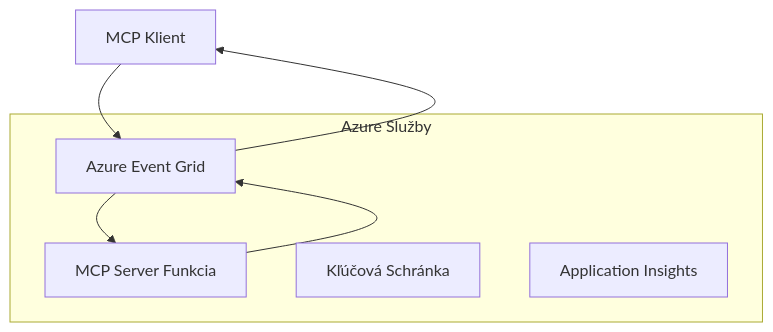
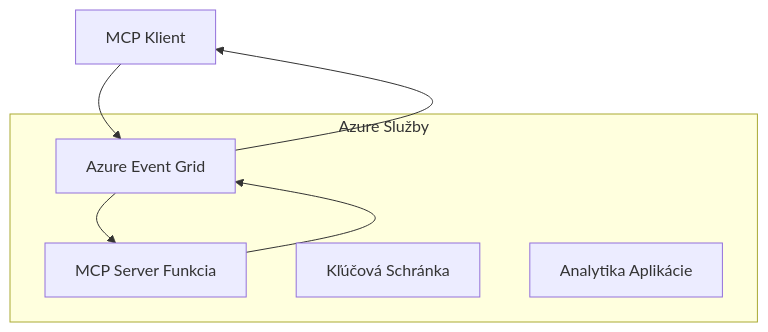
One commit to HIDORAKAI002/ai-workspace-archive changed the first of 2 diagrams in mcp_ecosystem__model_context_protocol/mcp_learning_resources/mcp-for-beginners/translations/sk/05-AdvancedTopics/mcp-transport/README.md. Above: the diagram before and after it, drawn with Mermaid. The commit also changed other lines of this file and 1539 other files, not shown here.

````diff
--- a/mcp_ecosystem__model_context_protocol/mcp_learning_resources/mcp-for-beginners/translations/sk/05-AdvancedTopics/mcp-transport/README.md
+++ b/mcp_ecosystem__model_context_protocol/mcp_learning_resources/mcp-for-beginners/translations/sk/05-AdvancedTopics/mcp-transport/README.md
@@ -58,14 +58,14 @@
 ```mermaid
 graph TB
     Client[MCP Klient] --> EG[Azure Event Grid]
     EG --> Server[MCP Server Funkcia]
     Server --> EG
     EG --> Client
     
     subgraph "Azure Služby"
         EG
         Server
         KV[Kľúčová Schránka]
-        Monitor[Application Insights]
+        Monitor[Analytika Aplikácie]
     end
 ```
````
